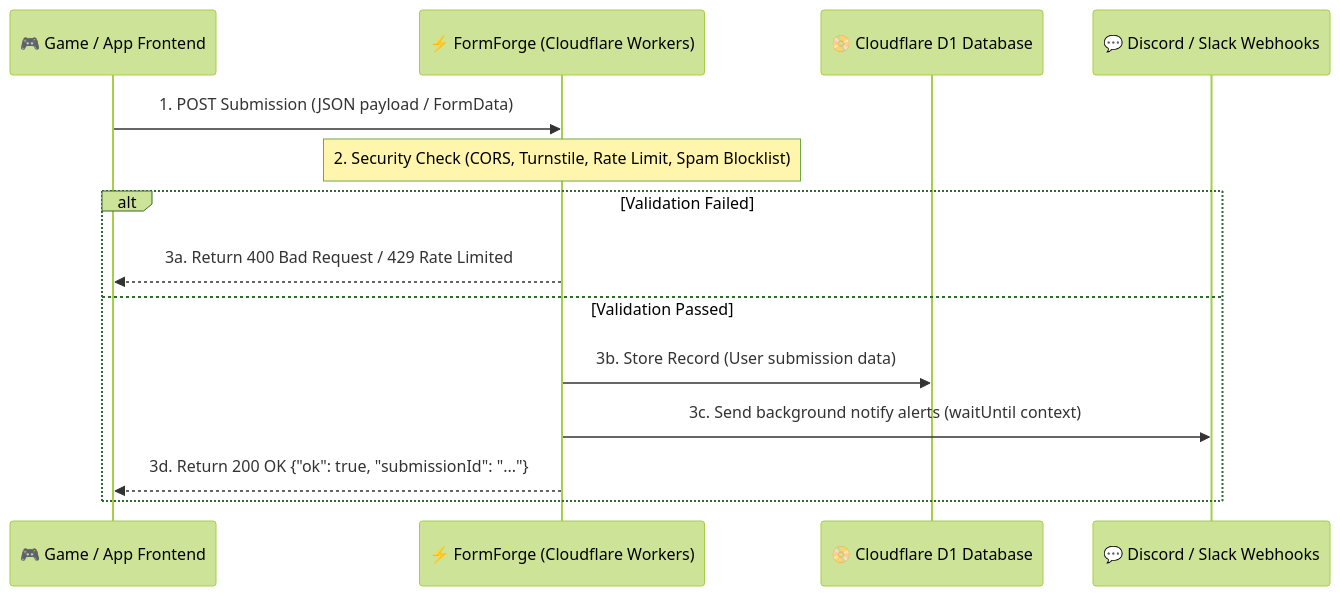
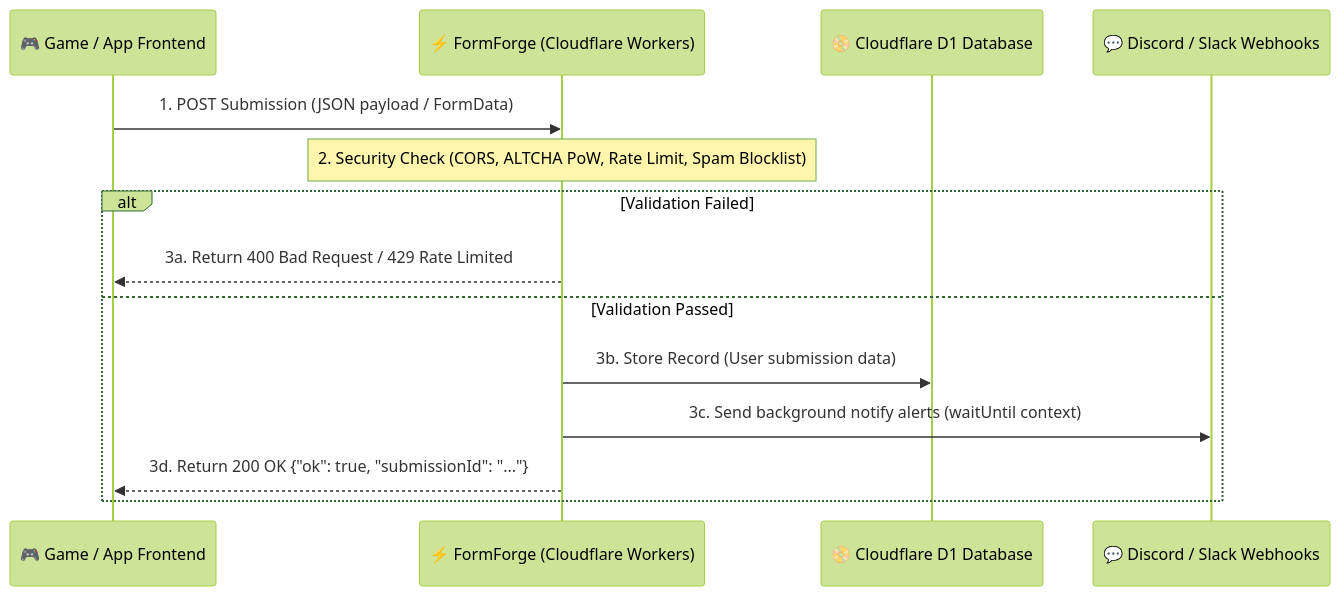
One commit to SudhirDevOps1/FormForge changed the diagram in INTEGRATION_GUIDE.md. Above: the diagram before and after it, drawn with Mermaid (forest theme). The commit also changed 26 other files, not shown here.

Commit message:
feat(security): replace turnstile with free self-hosted altcha pow

````diff
--- a/INTEGRATION_GUIDE.md
+++ b/INTEGRATION_GUIDE.md
@@ -11,17 +11,17 @@
 ```mermaid
 sequenceDiagram
     participant Player as 🎮 Game / App Frontend
     participant FF as ⚡ FormForge (Cloudflare Workers)
     participant DB as 📀 Cloudflare D1 Database
     participant Hook as 💬 Discord / Slack Webhooks
 
     Player->>FF: 1. POST Submission (JSON payload / FormData)
-    Note over FF: 2. Security Check (CORS, Turnstile, Rate Limit, Spam Blocklist)
+    Note over FF: 2. Security Check (CORS, ALTCHA PoW, Rate Limit, Spam Blocklist)
     alt Validation Failed
         FF-->>Player: 3a. Return 400 Bad Request / 429 Rate Limited
     else Validation Passed
         FF->>DB: 3b. Store Record (User submission data)
         FF->>Hook: 3c. Send background notify alerts (waitUntil context)
         FF-->>Player: 3d. Return 200 OK {"ok": true, "submissionId": "..."}
     end
 ```
````
